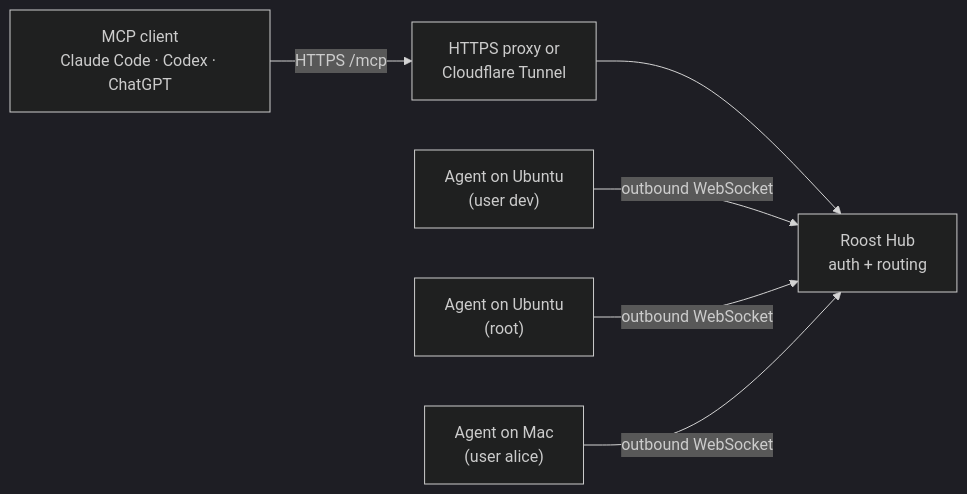
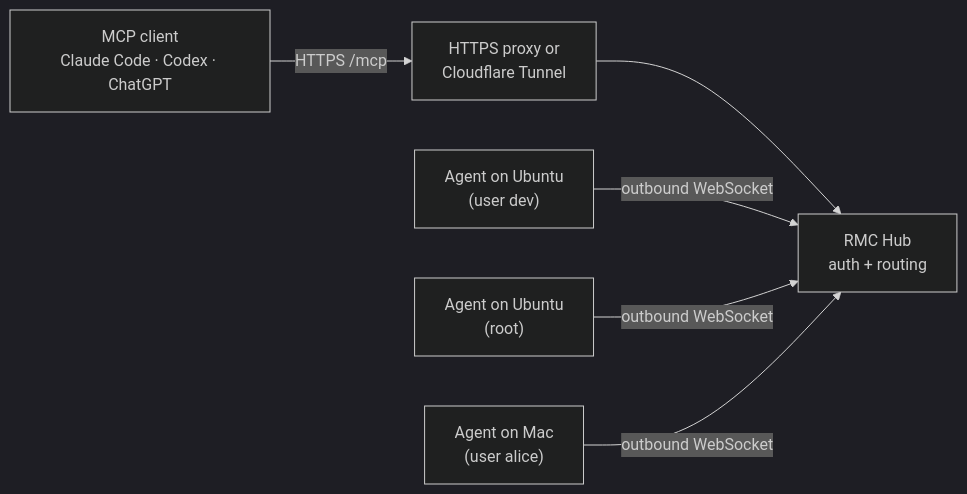
The diagram in README.md (soren-labs/hostmcp), drawn with Mermaid (dark theme) before and after one commit. The commit also changed other lines of this file and 86 other files, not shown here.

First line of the commit message:
Rename to RMC (Remote Machine Control) instead of Roost

````diff
--- a/README.md
+++ b/README.md
@@ -52,8 +52,8 @@
 ```mermaid
 flowchart LR
     C["MCP client<br/>Claude Code · Codex · ChatGPT"] -->|"HTTPS /mcp"| E["HTTPS proxy or<br/>Cloudflare Tunnel"]
-    E --> H["Roost Hub<br/>auth + routing"]
+    E --> H["RMC Hub<br/>auth + routing"]
     A1["Agent on Ubuntu<br/>(user dev)"] -->|"outbound WebSocket"| H
     A2["Agent on Ubuntu<br/>(root)"] -->|"outbound WebSocket"| H
     A3["Agent on Mac<br/>(user alice)"] -->|"outbound WebSocket"| H
 ```
````
